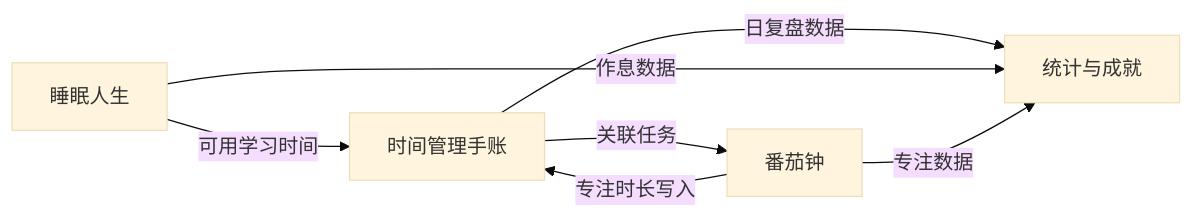
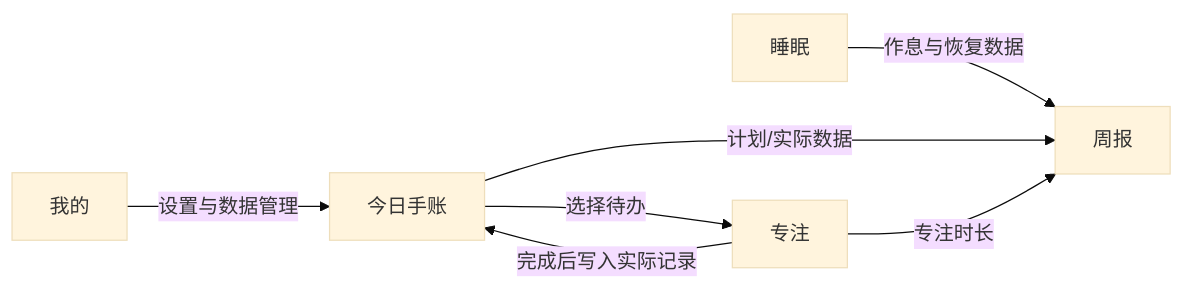
Before and after one commit to ldohgfsdu/time-journal: the diagram in docs/PRD.md, drawn with Mermaid (base theme). The commit also changed other lines of this file and 97 other files, not shown here.

````diff
--- a/docs/PRD.md
+++ b/docs/PRD.md
@@ -100,9 +143,9 @@
 ```mermaid
 flowchart LR
-    A[时间管理手账] -->|关联任务| B[番茄钟]
-    B -->|专注时长写入| A
-    C[睡眠人生] -->|可用学习时间| A
-    A -->|日复盘数据| D[统计与成就]
-    C -->|作息数据| D
-    B -->|专注数据| D
+    J[今日手账] -->|选择待办| P[专注]
+    P -->|完成后写入实际记录| J
+    S[睡眠] -->|作息与恢复数据| W[周报]
+    J -->|计划/实际数据| W
+    P -->|专注时长| W
+    M[我的] -->|设置与数据管理| J
 ```
````
